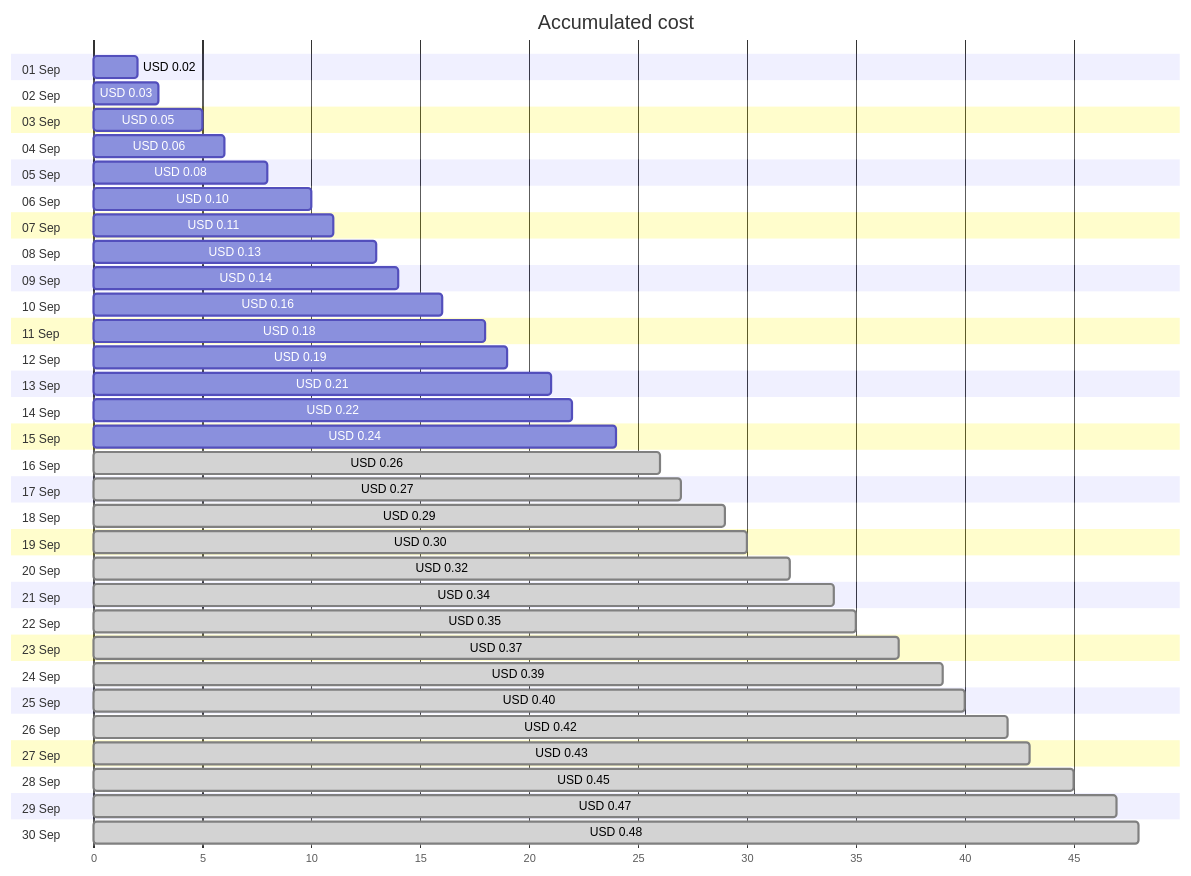
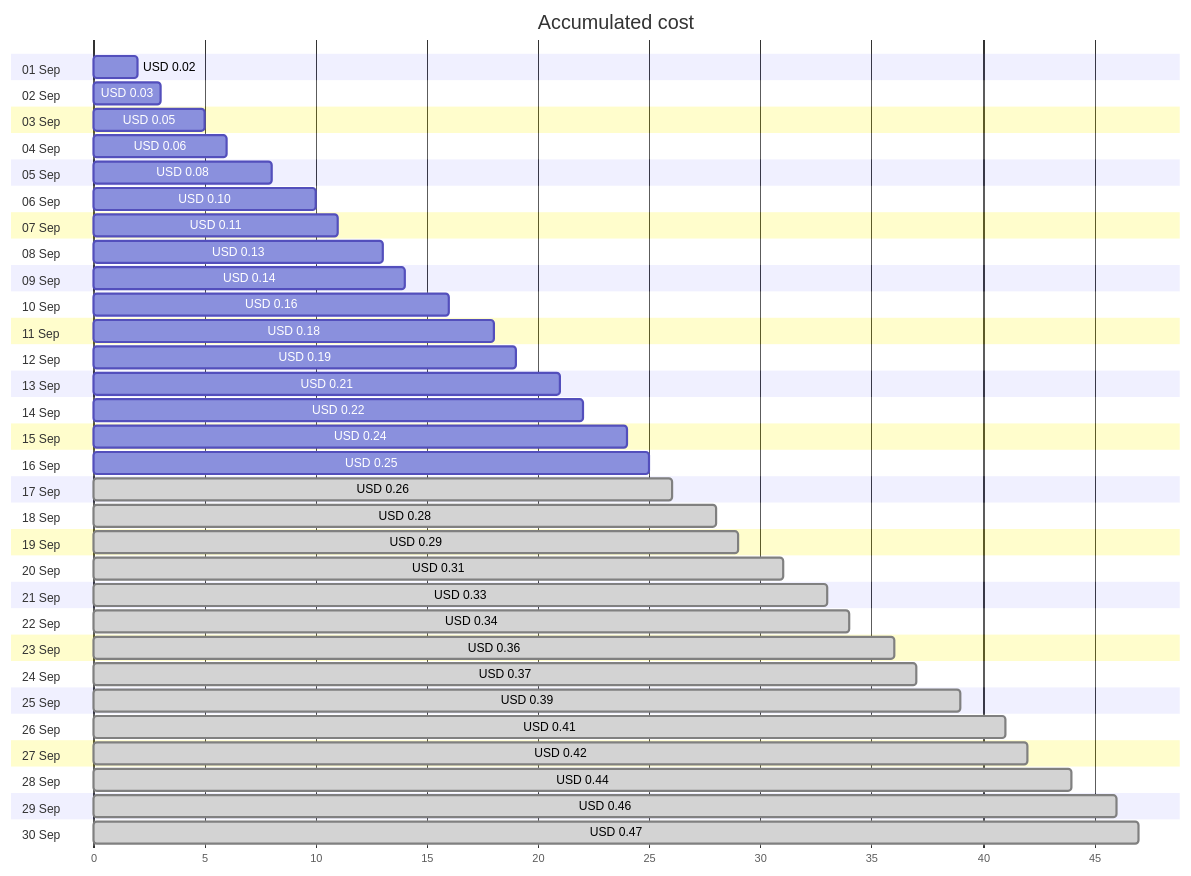
The first of 4 diagrams in cost-reports/personal-network/private.jpatrickfulton.com.md (jpfulton/azure-personal-reports), drawn with Mermaid before and after one commit. The commit also changed other lines of this file and 16 other files, not shown here.

````diff
--- a/cost-reports/personal-network/private.jpatrickfulton.com.md
+++ b/cost-reports/personal-network/private.jpatrickfulton.com.md
@@ -20,66 +20,66 @@
 ```mermaid
 gantt
    title Accumulated cost
    dateFormat  X
    axisFormat %s
    section 01 Sep
    USD 0.02 :0, 2
    section 02 Sep
    USD 0.03 :0, 3
    section 03 Sep
    USD 0.05 :0, 5
    section 04 Sep
    USD 0.06 :0, 6
    section 05 Sep
    USD 0.08 :0, 8
    section 06 Sep
    USD 0.10 :0, 10
    section 07 Sep
    USD 0.11 :0, 11
    section 08 Sep
    USD 0.13 :0, 13
    section 09 Sep
    USD 0.14 :0, 14
    section 10 Sep
    USD 0.16 :0, 16
    section 11 Sep
    USD 0.18 :0, 18
    section 12 Sep
    USD 0.19 :0, 19
    section 13 Sep
    USD 0.21 :0, 21
    section 14 Sep
    USD 0.22 :0, 22
    section 15 Sep
    USD 0.24 :0, 24
    section 16 Sep
+   USD 0.25 :0, 25
+   section 17 Sep
    USD 0.26 : done, 0, 26
-   section 17 Sep
-   USD 0.27 : done, 0, 27
    section 18 Sep
+   USD 0.28 : done, 0, 28
+   section 19 Sep
    USD 0.29 : done, 0, 29
-   section 19 Sep
-   USD 0.30 : done, 0, 30
    section 20 Sep
-   USD 0.32 : done, 0, 32
+   USD 0.31 : done, 0, 31
    section 21 Sep
+   USD 0.33 : done, 0, 33
+   section 22 Sep
    USD 0.34 : done, 0, 34
-   section 22 Sep
-   USD 0.35 : done, 0, 35
    section 23 Sep
+   USD 0.36 : done, 0, 36
+   section 24 Sep
    USD 0.37 : done, 0, 37
-   section 24 Sep
+   section 25 Sep
    USD 0.39 : done, 0, 39
-   section 25 Sep
-   USD 0.40 : done, 0, 40
    section 26 Sep
+   USD 0.41 : done, 0, 41
+   section 27 Sep
    USD 0.42 : done, 0, 42
-   section 27 Sep
-   USD 0.43 : done, 0, 43
    section 28 Sep
-   USD 0.45 : done, 0, 45
+   USD 0.44 : done, 0, 44
    section 29 Sep
+   USD 0.46 : done, 0, 46
+   section 30 Sep
    USD 0.47 : done, 0, 47
-   section 30 Sep
-   USD 0.48 : done, 0, 48
 ```
````
